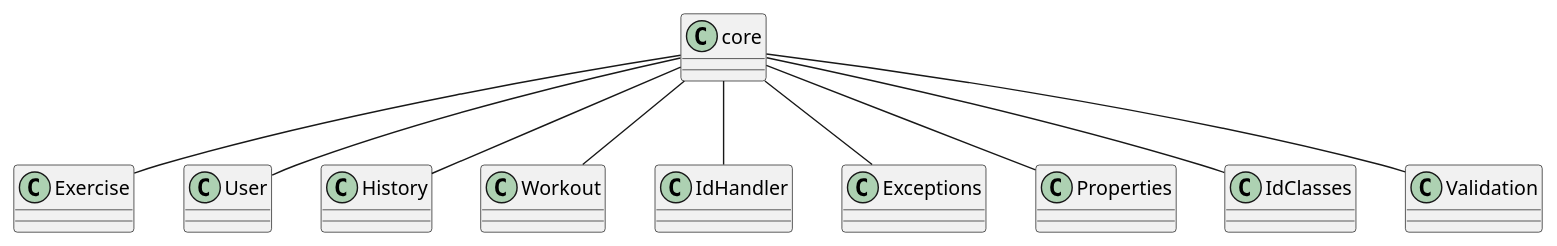
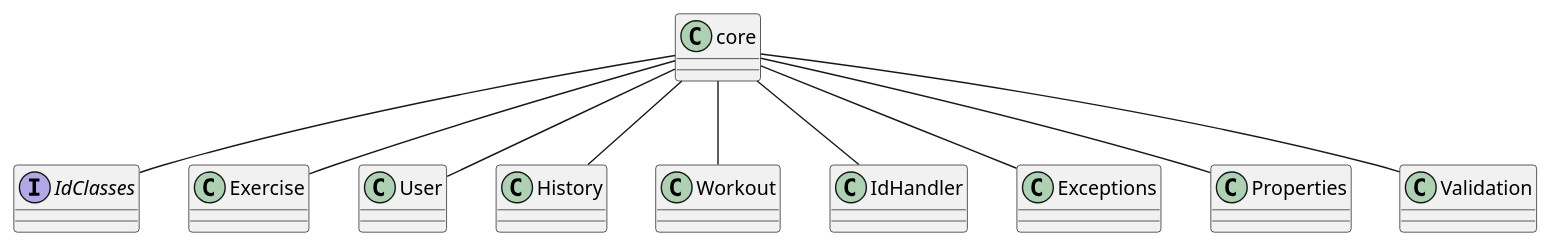
The diagram in docs/diagrams/coreDiagram.puml (Madt2/IT1901-Prosjekt-host-2021), drawn with PlantUML before and after one commit. The commit also changed 2 other files, not shown here.

Commit message:
Started implementing methods and fields to fxui classes. Changed from interface to class and such, where appropiate.

```diff
--- a/docs/diagrams/coreDiagram.puml
+++ b/docs/diagrams/coreDiagram.puml
@@ -1,12 +1,15 @@
 @startuml Core Diagram
 scale 1
+
+interface IdClasses
+
 core -- Exercise
 core -- User
 core -- History
 core -- Workout
 core -- IdHandler
 core -- Exceptions
 core -- Properties
 core -- IdClasses
 core -- Validation
 @enduml
```
